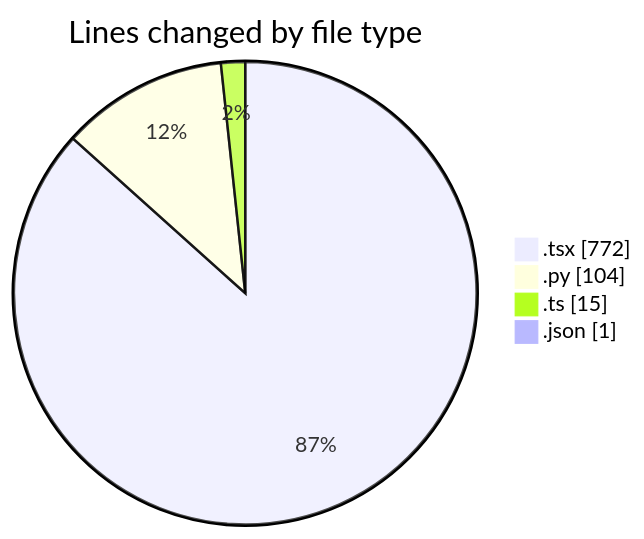
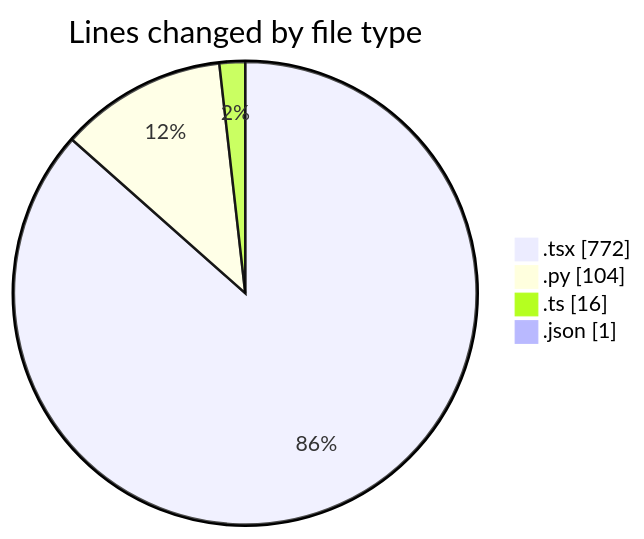
One commit to Ritupan-Deka/code-tracking changed the first of 2 diagrams in 2025-06-24/scopecraft/README.md. Above: the diagram before and after it, drawn with Mermaid. The commit also changed other lines of this file and 1 other file, not shown here.

````diff
--- a/2025-06-24/scopecraft/README.md
+++ b/2025-06-24/scopecraft/README.md
@@ -31,8 +31,8 @@
 ```mermaid
 pie showData
 title Lines changed by file type
 ".tsx" : 772
 ".py" : 104
-".ts" : 15
+".ts" : 16
 ".json" : 1
 ```
````
